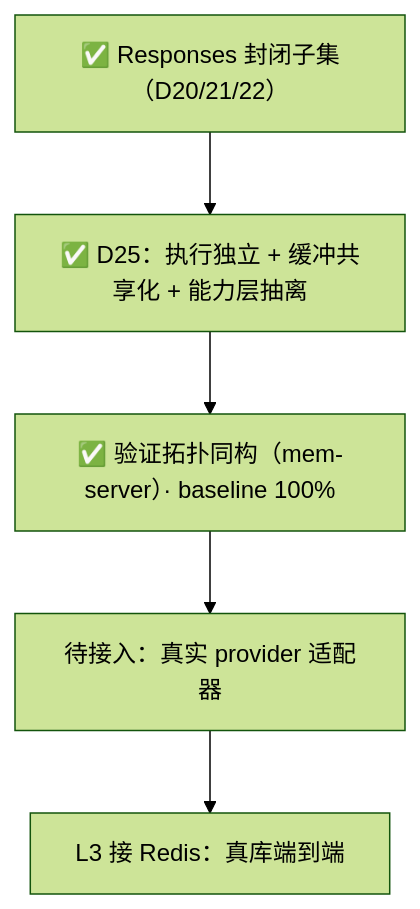
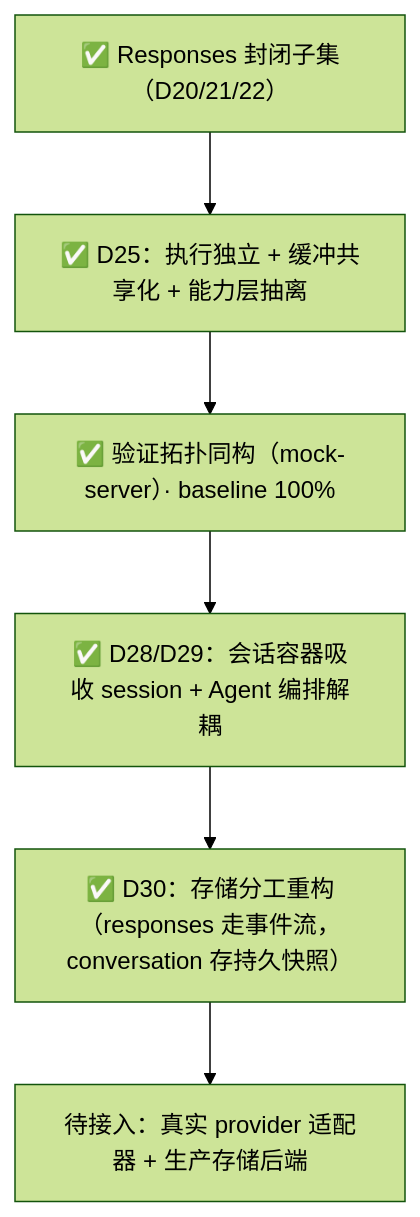
Before and after one commit to charleslyh/nova-chat: the diagram in docs/design/README.md, drawn with Mermaid (forest theme). The commit also changed other lines of this file and 58 other files, not shown here.

First line of the commit message:
refactor(responses): split storage per D30 — responses on event stream, conversation holds durable snapshot

````diff
--- a/docs/design/README.md
+++ b/docs/design/README.md
@@ -44,9 +45,10 @@
 ```mermaid
 %%{init: {"flowchart": {"curve": "basis", "rankSpacing": 55}}}%%
 flowchart TB
     S0["✅ Responses 封闭子集（D20/21/22）"] --> S1
     S1["✅ D25：执行独立 + 缓冲共享化 + 能力层抽离"] --> S2
-    S2["✅ 验证拓扑同构（mem-server）· baseline 100%"] --> S3
-    S3["待接入：真实 provider 适配器"] --> S4
-    S4["L3 接 Redis：真库端到端"]
+    S2["✅ 验证拓扑同构（mock-server）· baseline 100%"] --> S3
+    S3["✅ D28/D29：会话容器吸收 session + Agent 编排解耦"] --> S4
+    S4["✅ D30：存储分工重构（responses 走事件流，conversation 存持久快照）"] --> S5
+    S5["待接入：真实 provider 适配器 + 生产存储后端"]
 ```
````
